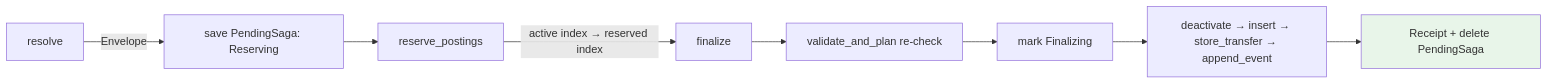
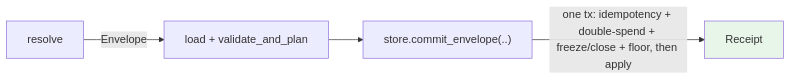
Before and after one commit to crodas/kuatia: the second of 4 diagrams in doc/crates.md, drawn with Mermaid. The commit also changed other lines of this file and 39 other files, not shown here.

````diff
--- a/doc/crates.md
+++ b/doc/crates.md
@@ -108,11 +107,7 @@
 ```mermaid
 graph LR
-    A[resolve] -->|Envelope| W[save PendingSaga: Reserving]
-    W --> B[reserve_postings]
-    B -->|active index → reserved index| F[finalize]
-    F --> V[validate_and_plan re-check]
-    V --> M[mark Finalizing]
-    M --> D[deactivate → insert → store_transfer → append_event]
-    D --> E[Receipt + delete PendingSaga]
+    A[resolve] -->|Envelope| V[load + validate_and_plan]
+    V --> C["store.commit_envelope(..)"]
+    C -->|"one tx: idempotency + double-spend + freeze/close + floor, then apply"| E[Receipt]
     style E fill:#e8f5e9
 ```
````
